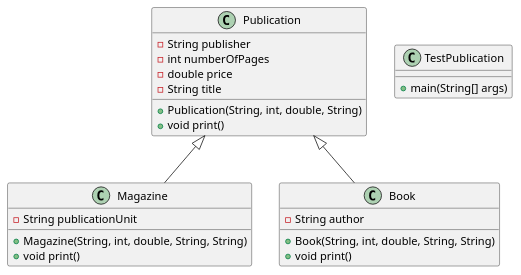
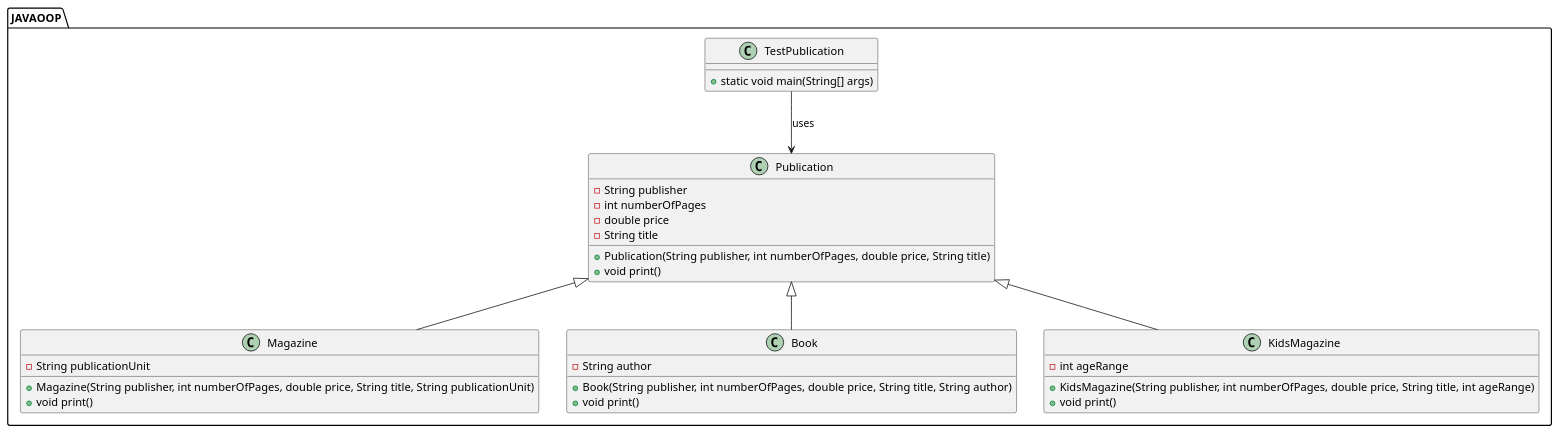
One commit to Sattz123/JAVAOOP changed the diagram in src/JAVAOOP/PublicationUML.plantuml. Above: the diagram before and after it, drawn with PlantUML. The commit also changed 7 other files, not shown here.

```diff
--- a/src/JAVAOOP/PublicationUML.plantuml
+++ b/src/JAVAOOP/PublicationUML.plantuml
@@ -1,31 +1,45 @@
 @startuml
+package JAVAOOP {
 
-class Publication {
-    - String publisher
-    - int numberOfPages
-    - double price
-    - String title
-    + Publication(String, int, double, String)
-    + void print()
+    class Publication {
+        - String publisher
+        - int numberOfPages
+        - double price
+        - String title
+
+        + Publication(String publisher, int numberOfPages, double price, String title)
+        + void print()
+    }
+
+    class Magazine {
+        - String publicationUnit
+
+        + Magazine(String publisher, int numberOfPages, double price, String title, String publicationUnit)
+        + void print()
+    }
+
+    class Book {
+        - String author
+
+        + Book(String publisher, int numberOfPages, double price, String title, String author)
+        + void print()
+    }
+
+    class KidsMagazine {
+        - int ageRange
+
+        + KidsMagazine(String publisher, int numberOfPages, double price, String title, int ageRange)
+        + void print()
+    }
+
+    class TestPublication {
+        + static void main(String[] args)
+    }
+
+    Publication <|-- Magazine
+    Publication <|-- Book
+    Publication <|-- KidsMagazine
+    TestPublication --> Publication : uses
+
 }
-
-class Magazine {
-    - String publicationUnit
-    + Magazine(String, int, double, String, String)
-    + void print()
-}
-
-class Book {
-    - String author
-    + Book(String, int, double, String, String)
-    + void print()
-}
-
-class TestPublication {
-    + main(String[] args)
-}
-
-Publication <|-- Magazine
-Publication <|-- Book
-
 @enduml
```
